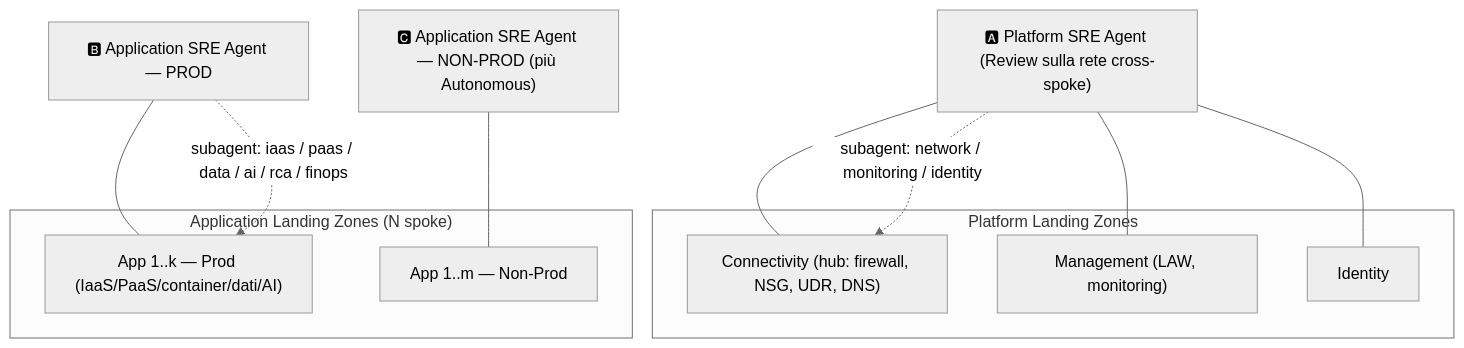
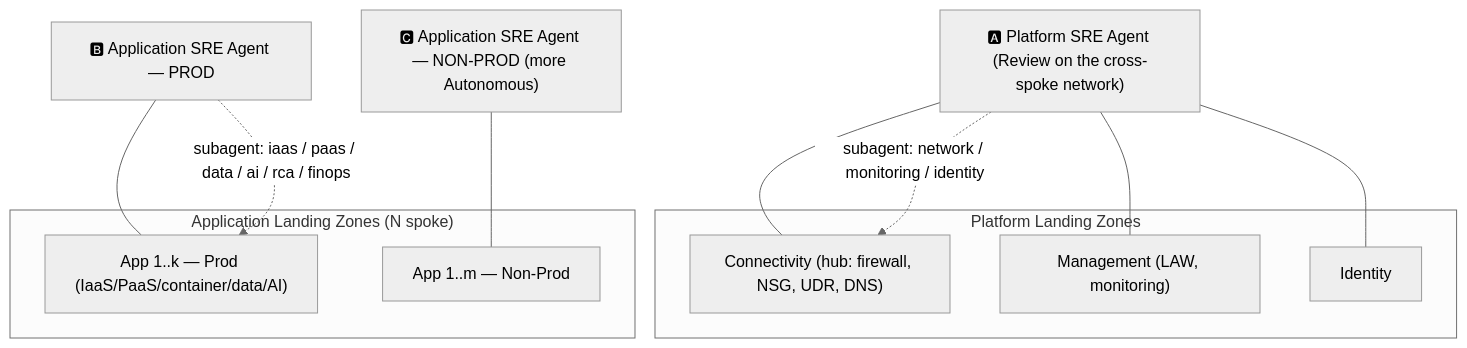
Before and after one commit to microsoft/frontier-sre-agent-rvas: the fifth of 11 diagrams in Coach/Solutions/docs/azure-sre-agent/architectural-guide-lines/azure-sre-agent-fleet-architecture-guidelines.md, drawn with Mermaid (neutral theme). The commit also changed other lines of this file and 2 other files, not shown here.

````diff
--- a/Coach/Solutions/docs/azure-sre-agent/architectural-guide-lines/azure-sre-agent-fleet-architecture-guidelines.md
+++ b/Coach/Solutions/docs/azure-sre-agent/architectural-guide-lines/azure-sre-agent-fleet-architecture-guidelines.md
@@ -615,17 +615,17 @@
 ```mermaid
 flowchart TB
   subgraph PLAT["Platform Landing Zones"]
     CONN["Connectivity (hub: firewall, NSG, UDR, DNS)"]
     MGMT["Management (LAW, monitoring)"]
     IDN["Identity"]
   end
   subgraph APP["Application Landing Zones (N spoke)"]
-    A1["App 1..k — Prod (IaaS/PaaS/container/dati/AI)"]
+    A1["App 1..k — Prod (IaaS/PaaS/container/data/AI)"]
     A2["App 1..m — Non-Prod"]
   end
-  PLATAG["🅰 Platform SRE Agent (Review sulla rete cross-spoke)"] --- CONN & MGMT & IDN
+  PLATAG["🅰 Platform SRE Agent (Review on the cross-spoke network)"] --- CONN & MGMT & IDN
   APPPROD["🅱 Application SRE Agent — PROD"] --- A1
-  APPNP["🅲 Application SRE Agent — NON-PROD (più Autonomous)"] --- A2
+  APPNP["🅲 Application SRE Agent — NON-PROD (more Autonomous)"] --- A2
   PLATAG -.->|"subagent: network / monitoring / identity"| CONN
   APPPROD -.->|"subagent: iaas / paas / data / ai / rca / finops"| A1
 ```
````
